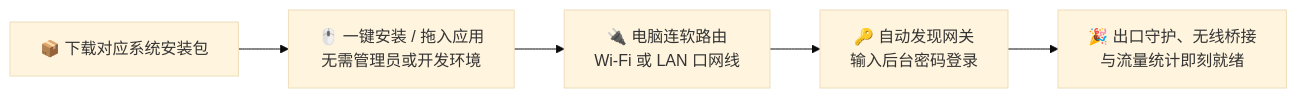
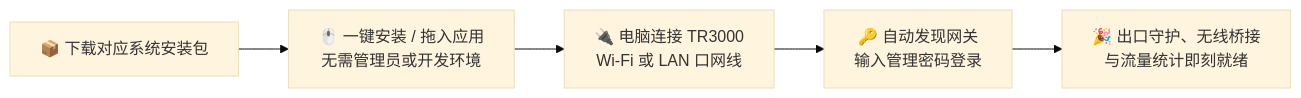
One commit to 2014-y/Guardline-Status changed the first of 4 diagrams in README.md. Above: the diagram before and after it, drawn with Mermaid (base theme). The commit also changed other lines of this file and 5 other files, not shown here.

Commit message:
文档：统一采用 TR3000 专用设备标准表述并同步演示截图

````diff
--- a/README.md
+++ b/README.md
@@ -136,7 +136,7 @@
 ```mermaid
 flowchart LR
     A["📦 下载对应系统安装包"] --> B["🖱️ 一键安装 / 拖入应用<br/>无需管理员或开发环境"]
-    B --> C["🔌 电脑连软路由<br/>Wi‑Fi 或 LAN 口网线"]
-    C --> D["🔑 自动发现网关<br/>输入后台密码登录"]
+    B --> C["🔌 电脑连接 TR3000<br/>Wi‑Fi 或 LAN 口网线"]
+    C --> D["🔑 自动发现网关<br/>输入管理密码登录"]
     D --> E["🎉 出口守护、无线桥接<br/>与流量统计即刻就绪"]
 ```
````
